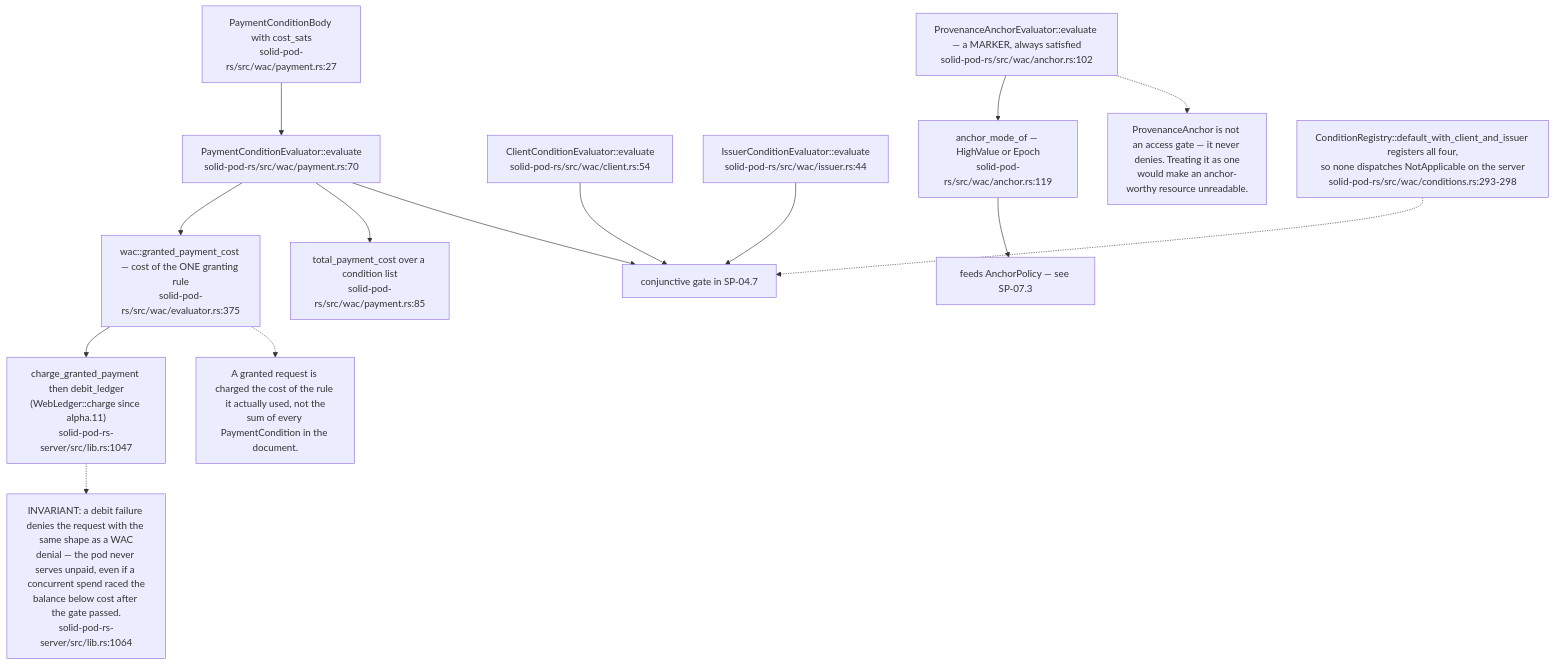
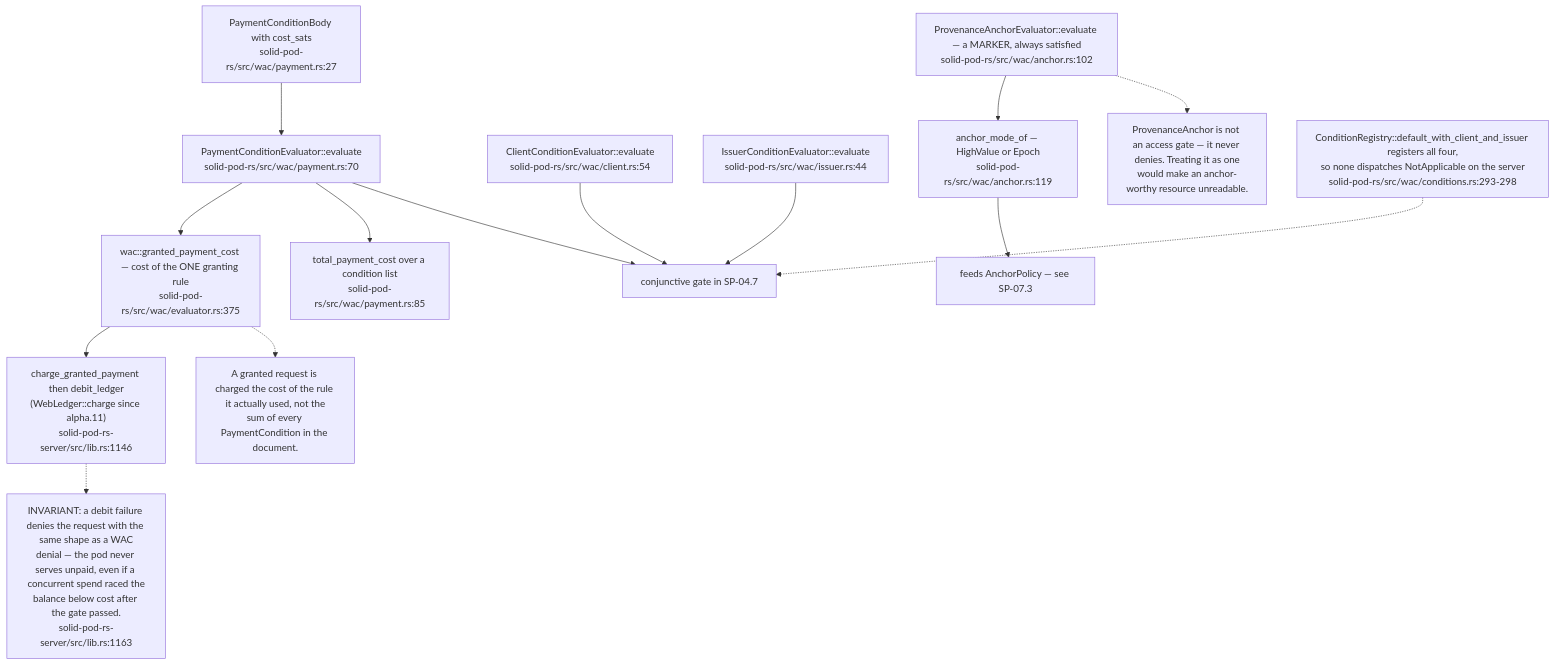
Before and after one commit to DreamLab-AI/VisionFlow: diagram 11 of 13 in docs/diagrams/solid-pod-rs/04-wac-authorisation.md, drawn with Mermaid. The commit also changed other lines of this file and 59 other files, not shown here.

First line of the commit message:
docs(diagrams): re-derive and re-stamp forum, website, pod, ontomark and sealmap topics

````diff
--- a/docs/diagrams/solid-pod-rs/04-wac-authorisation.md
+++ b/docs/diagrams/solid-pod-rs/04-wac-authorisation.md
@@ -371,28 +370,28 @@
 ```mermaid
 flowchart TD
     PAY["PaymentConditionEvaluator::evaluate<br/>solid-pod-rs/src/wac/payment.rs:70"]
     BODY["PaymentConditionBody with cost_sats<br/>solid-pod-rs/src/wac/payment.rs:27"]
     TOT["total_payment_cost over a condition list<br/>solid-pod-rs/src/wac/payment.rs:85"]
     GPC["wac::granted_payment_cost — cost of the ONE granting rule<br/>solid-pod-rs/src/wac/evaluator.rs:375"]
-    CG["charge_granted_payment then debit_ledger<br/>(WebLedger::charge since alpha.11)<br/>solid-pod-rs-server/src/lib.rs:1047"]
+    CG["charge_granted_payment then debit_ledger<br/>(WebLedger::charge since alpha.11)<br/>solid-pod-rs-server/src/lib.rs:1146"]
     CLI["ClientConditionEvaluator::evaluate<br/>solid-pod-rs/src/wac/client.rs:54"]
     ISS["IssuerConditionEvaluator::evaluate<br/>solid-pod-rs/src/wac/issuer.rs:44"]
     ANC["ProvenanceAnchorEvaluator::evaluate — a MARKER, always satisfied<br/>solid-pod-rs/src/wac/anchor.rs:102"]
     MODE["anchor_mode_of — HighValue or Epoch<br/>solid-pod-rs/src/wac/anchor.rs:119"]
 
     BODY --> PAY --> GPC --> CG
     PAY --> TOT
     CLI --> GATE["conjunctive gate in SP-04.7"]
     ISS --> GATE
     PAY --> GATE
     ANC --> MODE --> PROV["feeds AnchorPolicy — see SP-07.3"]
 
     N1["A granted request is charged the cost of the rule it actually used, not the<br/>sum of every PaymentCondition in the document."]
     GPC -.-> N1
-    N2["INVARIANT: a debit failure denies the request with the same shape as a WAC<br/>denial — the pod never serves unpaid, even if a concurrent spend raced the<br/>balance below cost after the gate passed.<br/>solid-pod-rs-server/src/lib.rs:1064"]
+    N2["INVARIANT: a debit failure denies the request with the same shape as a WAC<br/>denial — the pod never serves unpaid, even if a concurrent spend raced the<br/>balance below cost after the gate passed.<br/>solid-pod-rs-server/src/lib.rs:1163"]
     CG -.-> N2
     N3["ProvenanceAnchor is not an access gate — it never denies. Treating it as one<br/>would make an anchor-worthy resource unreadable."]
     ANC -.-> N3
     REG["ConditionRegistry::default_with_client_and_issuer registers all four,<br/>so none dispatches NotApplicable on the server<br/>solid-pod-rs/src/wac/conditions.rs:293-298"]
     REG -.-> GATE
 ```
````
